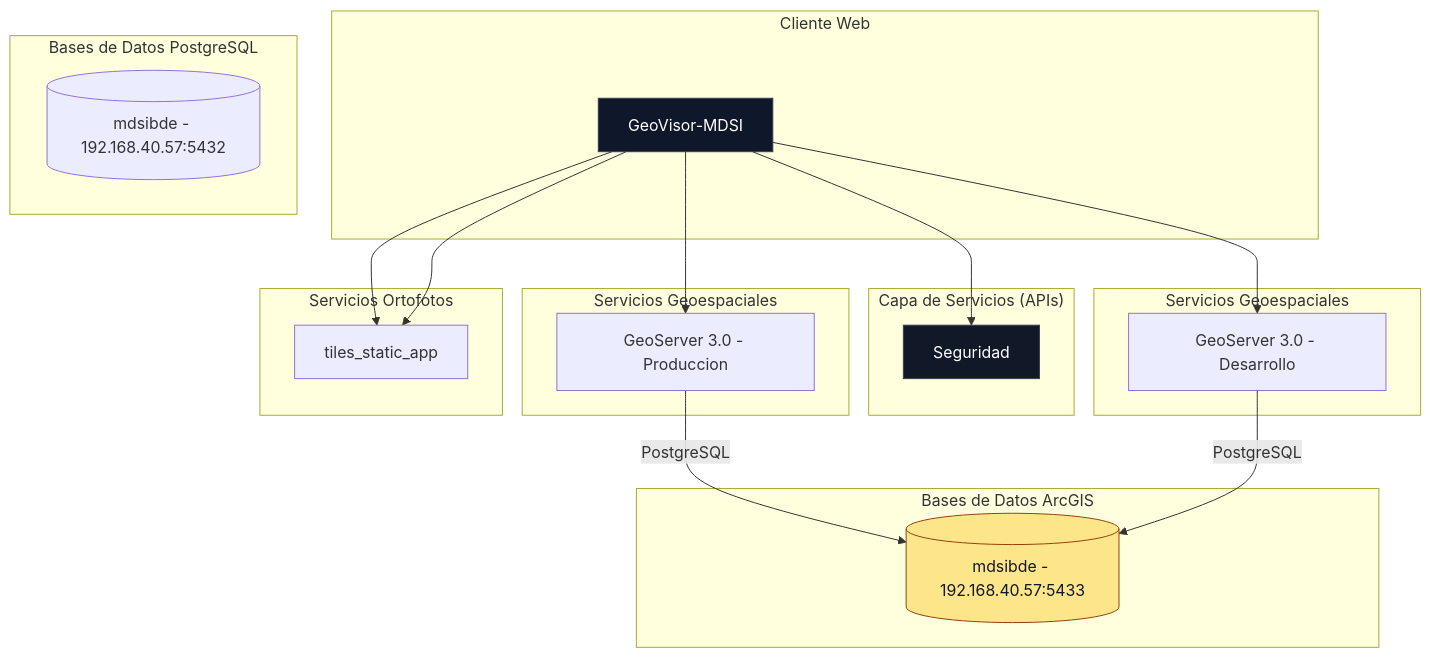
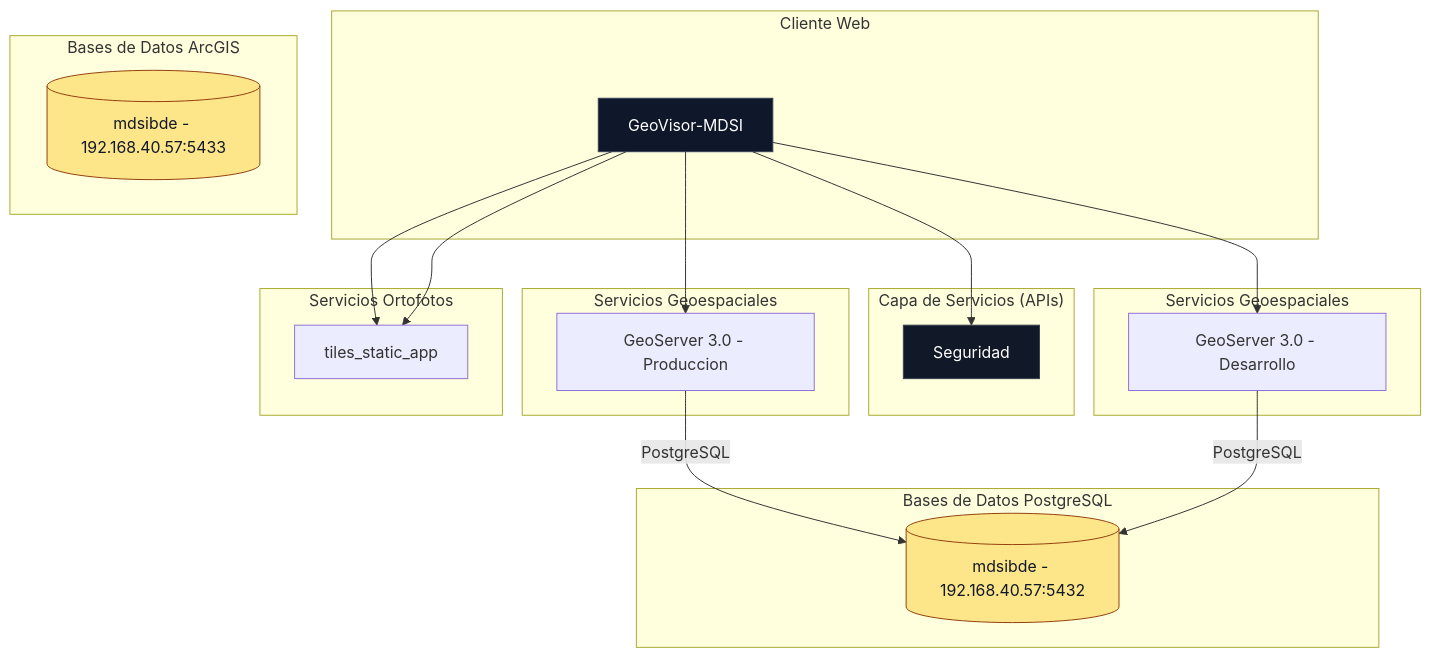
Before and after one commit to mdsigeovisor/geovisormdsi: the diagram in README.md, drawn with Mermaid.

````diff
--- a/README.md
+++ b/README.md
@@ -3,57 +3,58 @@
 ```mermaid
 graph TB
   %% =========================
   %% COMPONENTES
   %% =========================
   subgraph "Cliente Web"
     FRONT[GeoVisor-MDSI]
   end
 
   subgraph "Capa de Servicios (APIs)"
     AUTH[Seguridad]
   end
 
   subgraph "Bases de Datos PostgreSQL"
     DB1[(mdsibde - 192.168.40.57:5432)]
   end
 
   subgraph "Bases de Datos ArcGIS"
     DB2[(mdsibde - 192.168.40.57:5433)]
   end
   
   subgraph "Servicios Geoespaciales"
     GEOSERVER_PROD[GeoServer 3.0 - Produccion]
   end
 
   subgraph "Servicios Geoespaciales"
     GEOSERVER_DEV[GeoServer 3.0 - Desarrollo]
   end
 
   subgraph "Servicios Ortofotos"
     ORTOFOTOS[tiles_static_app]
   end
 
   %% =========================
   %% RELACIONES
   %% =========================
   FRONT --> AUTH
   FRONT --> GEOSERVER_PROD
   FRONT --> GEOSERVER_DEV
   FRONT --> ORTOFOTOS
   FRONT --> ORTOFOTOS
   
-  GEOSERVER_PROD -- "PostgreSQL" --> DB2
-  GEOSERVER_DEV -- "PostgreSQL" --> DB2
+  GEOSERVER_PROD -- "PostgreSQL" --> DB1
+  GEOSERVER_DEV -- "PostgreSQL" --> DB1
   
 
   %% =========================
   %% ESTILOS
   %% =========================
   classDef front fill:#0f172a,stroke:#334155,stroke-width:1px,color:#fff;
   classDef service fill:#111827,stroke:#374151,stroke-width:1px,color:#fff;
   classDef db fill:#fde68a,stroke:#92400e,stroke-width:1px,color:#111827;
 
   class FRONT front;
   class AUTH,GEOSERVER service;
+  class DB1 db;
   class DB2 db;
 ```
````
